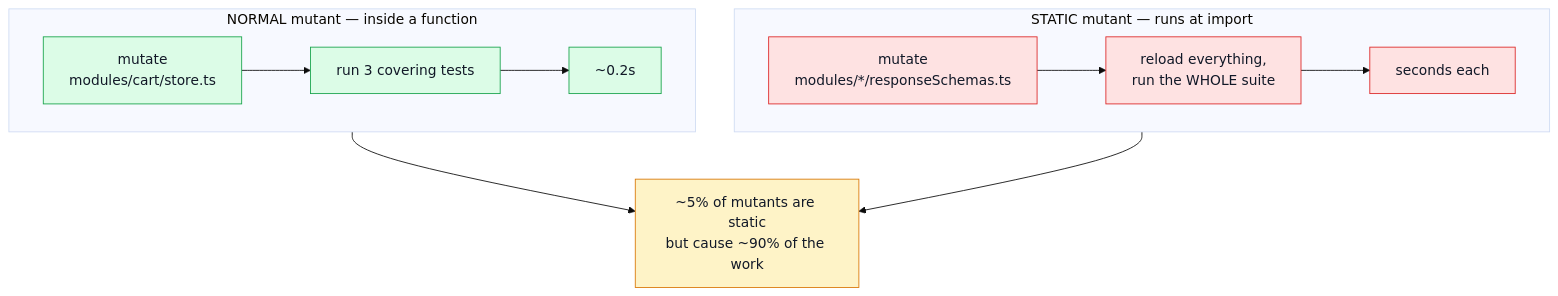
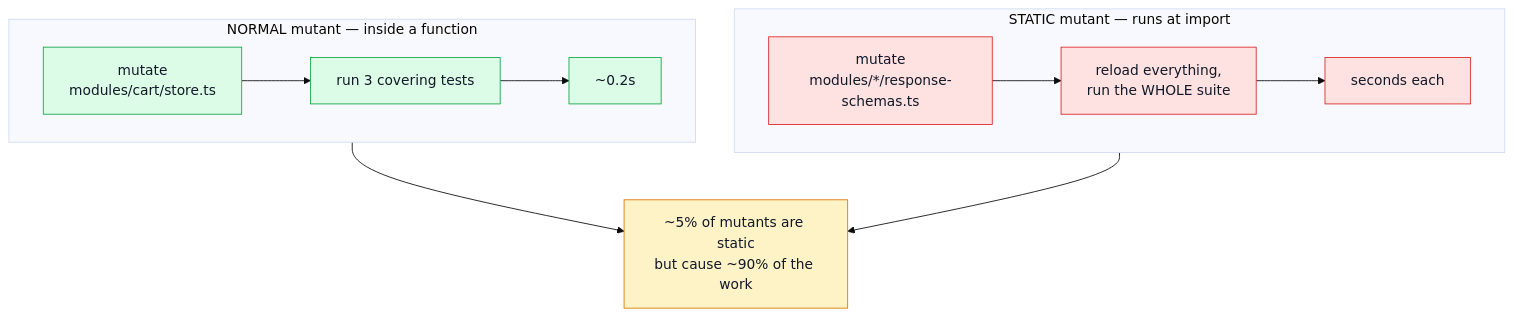
Before and after one commit to Guebbit/boilerplate-vue-frontend: the third of 5 diagrams in docs/tools/mutation-testing.md, drawn with Mermaid (base theme). The commit also changed other lines of this file and 194 other files, not shown here.

````diff
--- a/docs/tools/mutation-testing.md
+++ b/docs/tools/mutation-testing.md
@@ -202,21 +202,21 @@
 ```mermaid
 %%{init: {'flowchart': {'nodeSpacing': 45, 'rankSpacing': 55}}}%%
 flowchart TB
     subgraph Normal["NORMAL mutant — inside a function"]
         direction LR
         N1["mutate\nmodules/cart/store.ts"] --> N2["run 3 covering tests"] --> N3["~0.2s"]
     end
     subgraph Static["STATIC mutant — runs at import"]
         direction LR
-        S1["mutate\nmodules/*/responseSchemas.ts"] --> S2["reload everything,\nrun the WHOLE suite"] --> S3["seconds each"]
+        S1["mutate\nmodules/*/response-schemas.ts"] --> S2["reload everything,\nrun the WHOLE suite"] --> S3["seconds each"]
     end
     Normal --> Cost["~5% of mutants are static\nbut cause ~90% of the work"]
     Static --> Cost
 
     classDef good fill:#dcfce7,stroke:#16a34a,color:#111827;
     classDef bad fill:#fee2e2,stroke:#dc2626,color:#111827;
     classDef out fill:#fef3c7,stroke:#d97706,color:#111827;
     class N1,N2,N3 good;
     class S1,S2,S3 bad;
     class Cost out;
 ```
````
